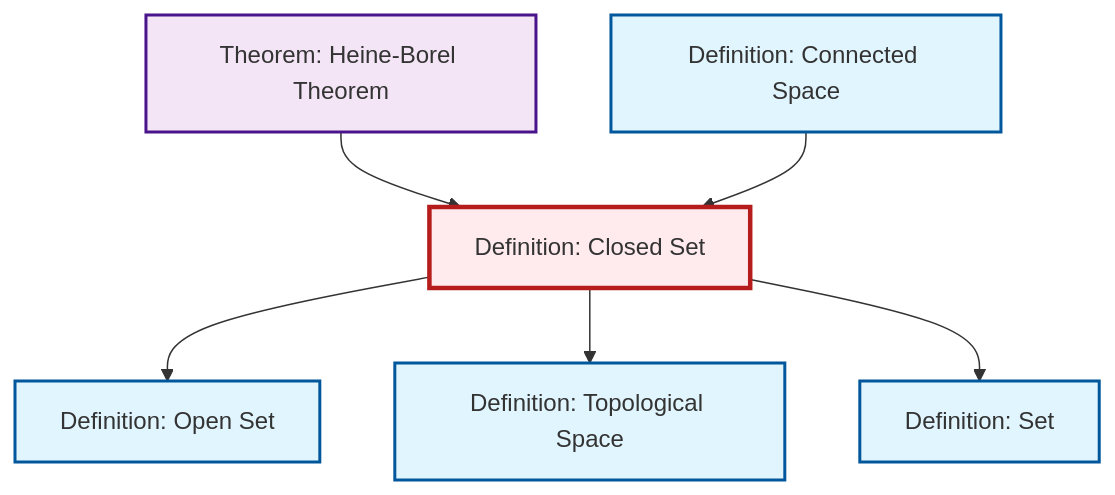
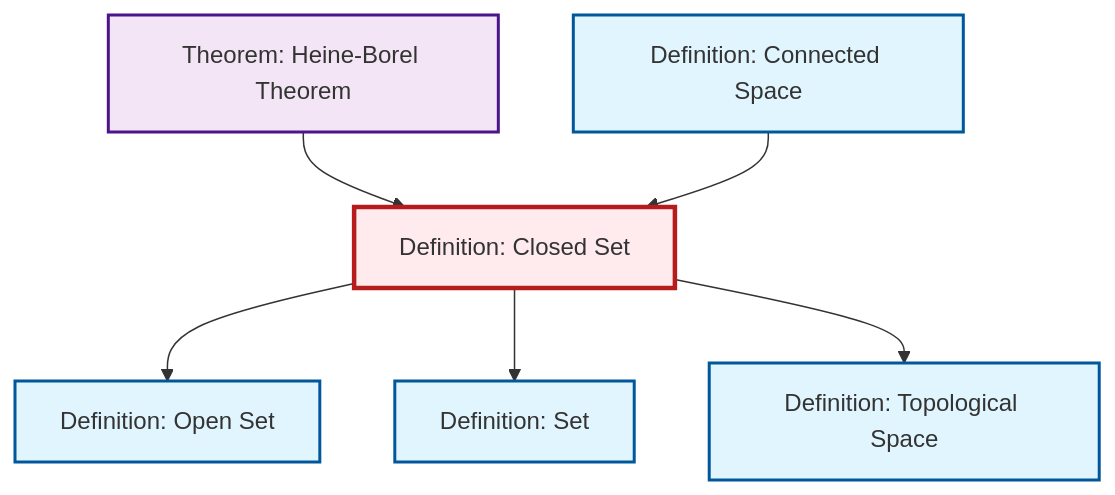
Before and after one commit to RK0429/ModernMath: the diagram in content/en/topology/def-closed-set.qmd, drawn with Mermaid. The commit also changed other lines of this file and 597 other files, not shown here.

````diff
--- a/content/en/topology/def-closed-set.qmd
+++ b/content/en/topology/def-closed-set.qmd
@@ -44,26 +44,26 @@
 ```{mermaid}
 %%| fig-cap: "Local dependency graph"
 graph TD
     classDef definition fill:#e1f5fe,stroke:#01579b,stroke-width:2px
     classDef theorem fill:#f3e5f5,stroke:#4a148c,stroke-width:2px
     classDef axiom fill:#fff3e0,stroke:#e65100,stroke-width:2px
     classDef example fill:#e8f5e9,stroke:#1b5e20,stroke-width:2px
     classDef current fill:#ffebee,stroke:#b71c1c,stroke-width:3px
-    def-connected["Definition: Connected Space"]:::definition
     def-closed-set["Definition: Closed Set"]:::definition
     thm-heine-borel["Theorem: Heine-Borel Theorem"]:::theorem
+    def-set["Definition: Set"]:::definition
+    def-topological-space["Definition: Topological Space"]:::definition
+    def-connected["Definition: Connected Space"]:::definition
     def-open-set["Definition: Open Set"]:::definition
-    def-topological-space["Definition: Topological Space"]:::definition
-    def-set["Definition: Set"]:::definition
+    thm-heine-borel --> def-closed-set
     def-closed-set --> def-open-set
-    thm-heine-borel --> def-closed-set
     def-connected --> def-closed-set
+    def-closed-set --> def-set
     def-closed-set --> def-topological-space
-    def-closed-set --> def-set
     class def-closed-set current
+    click thm-heine-borel "thm-heine-borel.html" "Go to Heine-Borel Theorem theorem"
+    click def-set "def-set.html" "Go to Set definition"
+    click def-topological-space "def-topological-space.html" "Go to Topological Space definition"
     click def-connected "def-connected.html" "Go to Connected Space definition"
-    click thm-heine-borel "thm-heine-borel.html" "Go to Heine-Borel Theorem theorem"
     click def-open-set "def-open-set.html" "Go to Open Set definition"
-    click def-topological-space "def-topological-space.html" "Go to Topological Space definition"
-    click def-set "def-set.html" "Go to Set definition"
 ```
````
